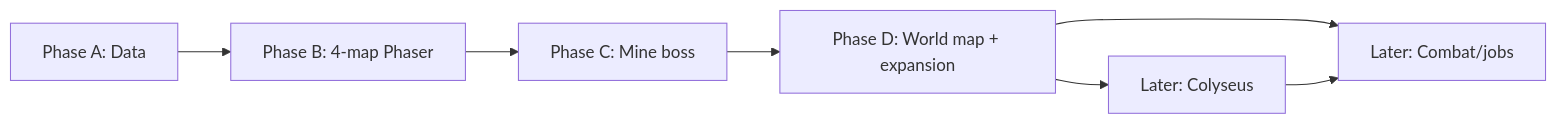
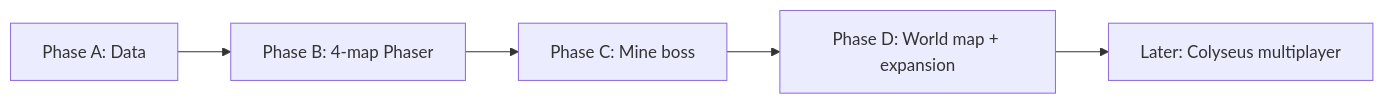
Before and after one commit to brennin0820/HearthVale: the diagram in HearthVale/docs/ROADMAP.md, drawn with Mermaid. The commit also changed other lines of this file and 11 other files, not shown here.

````diff
--- a/HearthVale/docs/ROADMAP.md
+++ b/HearthVale/docs/ROADMAP.md
@@ -187,9 +185,7 @@
 ```mermaid
 flowchart LR
   A[Phase A: Data] --> B[Phase B: 4-map Phaser]
   B --> C[Phase C: Mine boss]
   C --> D[Phase D: World map + expansion]
-  D --> S[Later: Colyseus]
-  D --> X[Later: Combat/jobs]
-  S --> X
+  D --> S[Later: Colyseus multiplayer]
 ```
````
